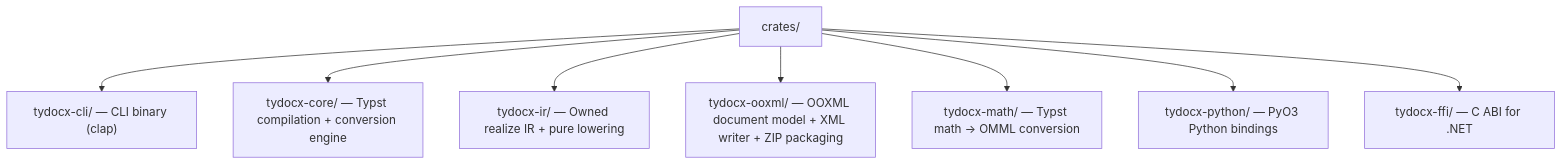
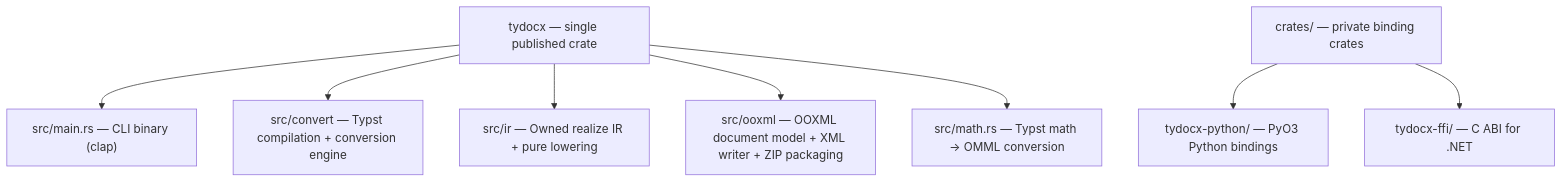
Before and after one commit to kwadraten/tydocx: the second of 2 diagrams in README.md, drawn with Mermaid. The commit also changed other lines of this file and 248 other files, not shown here.

````diff
--- a/README.md
+++ b/README.md
@@ -113,10 +113,10 @@
 ```mermaid
 flowchart TD
-    CRATES["crates/"] --> CLI["tydocx-cli/ — CLI binary (clap)"]
-    CRATES --> CORE["tydocx-core/ — Typst compilation + conversion engine"]
-    CRATES --> IR["tydocx-ir/ — Owned realize IR + pure lowering"]
-    CRATES --> OOXML["tydocx-ooxml/ — OOXML document model + XML writer + ZIP packaging"]
-    CRATES --> MATH["tydocx-math/ — Typst math → OMML conversion"]
-    CRATES --> PYTHON["tydocx-python/ — PyO3 Python bindings"]
-    CRATES --> FFI["tydocx-ffi/ — C ABI for .NET"]
+    ROOT["tydocx — single published crate"] --> CLI["src/main.rs — CLI binary (clap)"]
+    ROOT --> CORE["src/convert — Typst compilation + conversion engine"]
+    ROOT --> IR["src/ir — Owned realize IR + pure lowering"]
+    ROOT --> OOXML["src/ooxml — OOXML document model + XML writer + ZIP packaging"]
+    ROOT --> MATH["src/math.rs — Typst math → OMML conversion"]
+    BINDINGS["crates/ — private binding crates"] --> PYTHON["tydocx-python/ — PyO3 Python bindings"]
+    BINDINGS --> FFI["tydocx-ffi/ — C ABI for .NET"]
 ```
````
